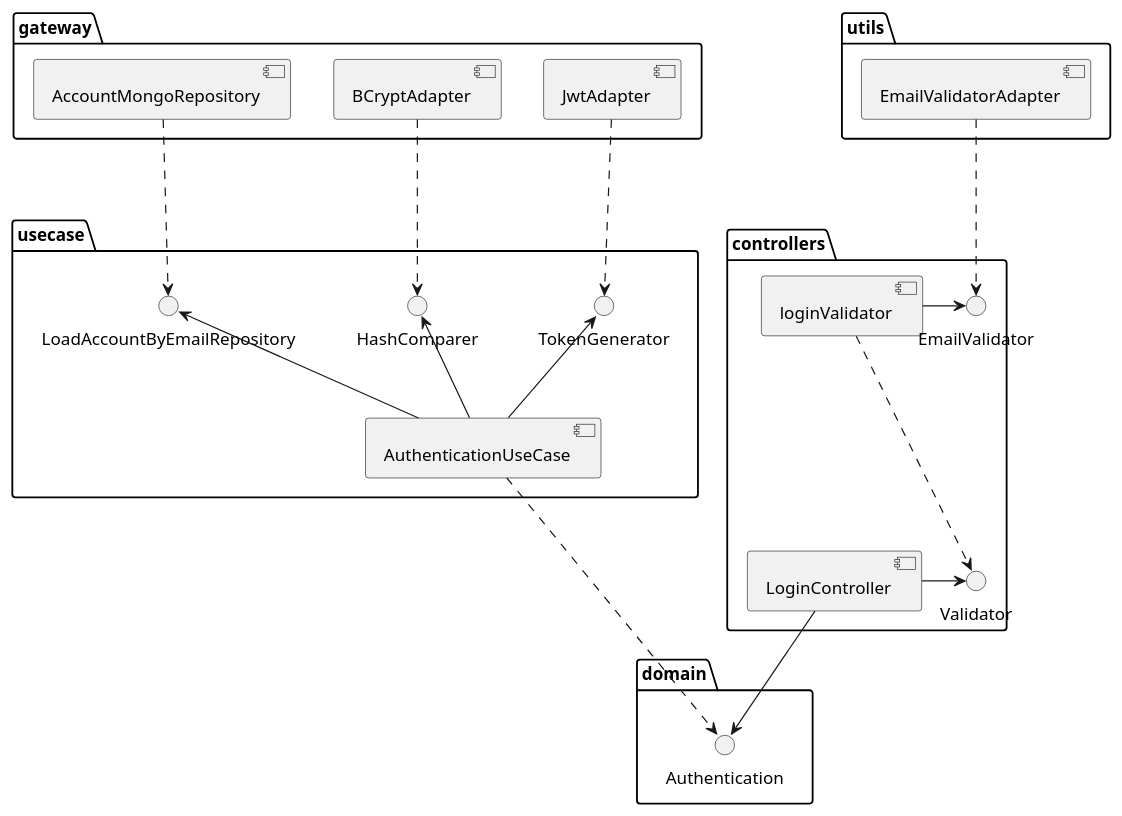
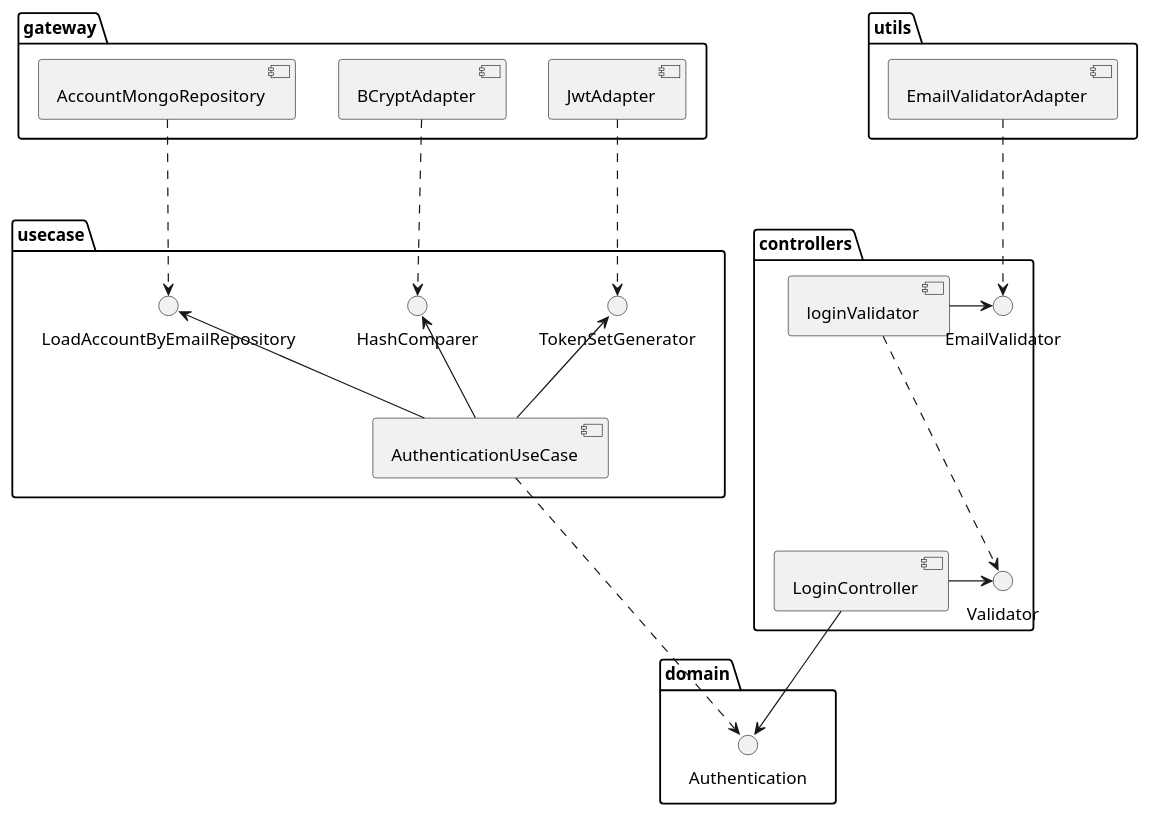
One commit to pcandido/ms-account changed the diagram in docs/login.puml. Above: the diagram before and after it, drawn with PlantUML. The commit also changed 12 other files, not shown here.

Commit message:
refactor: rename tokenGenerator to tokenSetGenerator

```diff
--- a/docs/login.puml
+++ b/docs/login.puml
@@ -1,36 +1,36 @@
 @startuml login
 
 package controllers {
     [LoginController] -> () Validator
     [loginValidator] -.-> () Validator
     [loginValidator] -> () EmailValidator
 }
 
 package utils {
     [EmailValidatorAdapter]
 }
 
 package domain {
     () Authentication
 }
 
 package usecase {
     () LoadAccountByEmailRepository <-- [AuthenticationUseCase]
     () HashComparer <-- [AuthenticationUseCase]
-    () TokenGenerator <-- [AuthenticationUseCase]
+    () TokenSetGenerator <-- [AuthenticationUseCase]
 }
 
 package gateway {
     [AccountMongoRepository]
     [BCryptAdapter]
     [JwtAdapter]
 }
 
 EmailValidatorAdapter -.-> EmailValidator
 LoginController --> Authentication
 AuthenticationUseCase -.-> Authentication
 AccountMongoRepository -.-> LoadAccountByEmailRepository
 BCryptAdapter -.-> HashComparer
-JwtAdapter -.-> TokenGenerator
+JwtAdapter -.-> TokenSetGenerator
 
 @enduml
```
